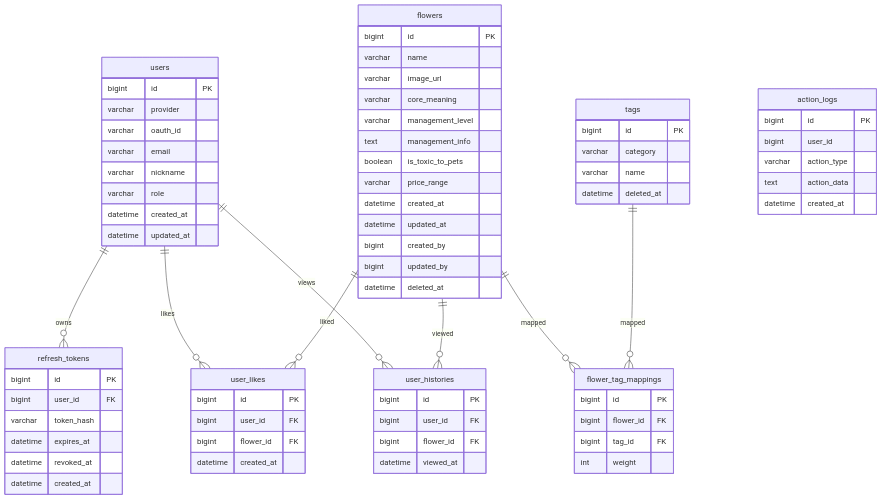
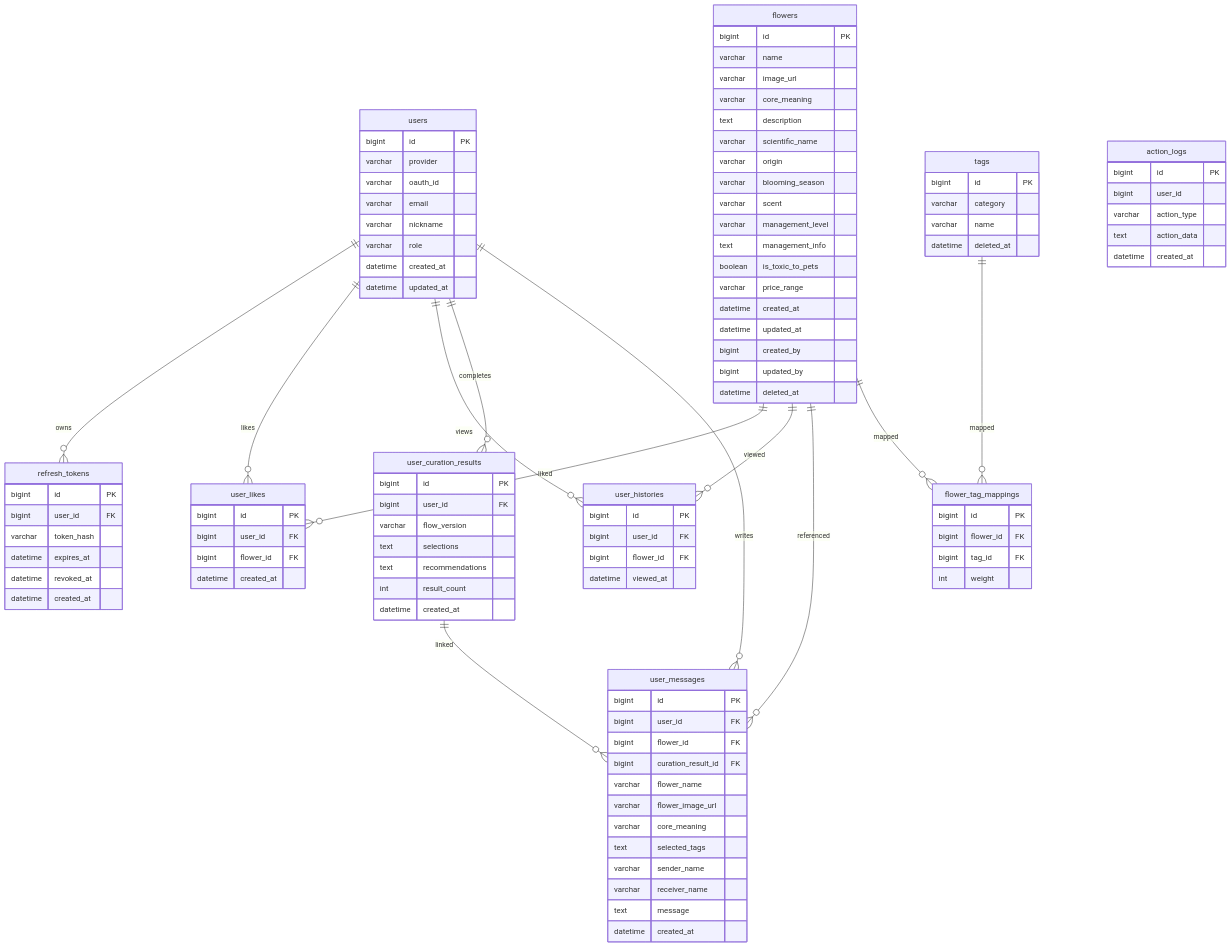
One commit to xiuiworld/meanhwa_back changed the diagram in docs/database-schema.md. Above: the diagram before and after it, drawn with Mermaid. The commit also changed other lines of this file and 34 other files, not shown here.

Commit message:
Add mypage history and flower filters

```diff
--- a/docs/database-schema.md
+++ b/docs/database-schema.md
@@ -73,10 +73,14 @@
     users ||--o{ refresh_tokens : owns
     users ||--o{ user_likes : likes
     users ||--o{ user_histories : views
+    users ||--o{ user_curation_results : completes
+    users ||--o{ user_messages : writes
     flowers ||--o{ user_likes : liked
     flowers ||--o{ user_histories : viewed
+    flowers ||--o{ user_messages : referenced
     flowers ||--o{ flower_tag_mappings : mapped
     tags ||--o{ flower_tag_mappings : mapped
+    user_curation_results ||--o{ user_messages : linked
 
     users {
         bigint id PK
@@ -94,6 +98,11 @@
         varchar name
         varchar image_url
         varchar core_meaning
+        text description
+        varchar scientific_name
+        varchar origin
+        varchar blooming_season
+        varchar scent
         varchar management_level
         text management_info
         boolean is_toxic_to_pets
@@ -133,6 +142,31 @@
         datetime viewed_at
     }
 
+    user_curation_results {
+        bigint id PK
+        bigint user_id FK
+        varchar flow_version
+        text selections
+        text recommendations
+        int result_count
+        datetime created_at
+    }
+
+    user_messages {
+        bigint id PK
+        bigint user_id FK
+        bigint flower_id FK
+        bigint curation_result_id FK
+        varchar flower_name
+        varchar flower_image_url
+        varchar core_meaning
+        text selected_tags
+        varchar sender_name
+        varchar receiver_name
+        text message
+        datetime created_at
+    }
+
     refresh_tokens {
         bigint id PK
         bigint user_id FK
```
